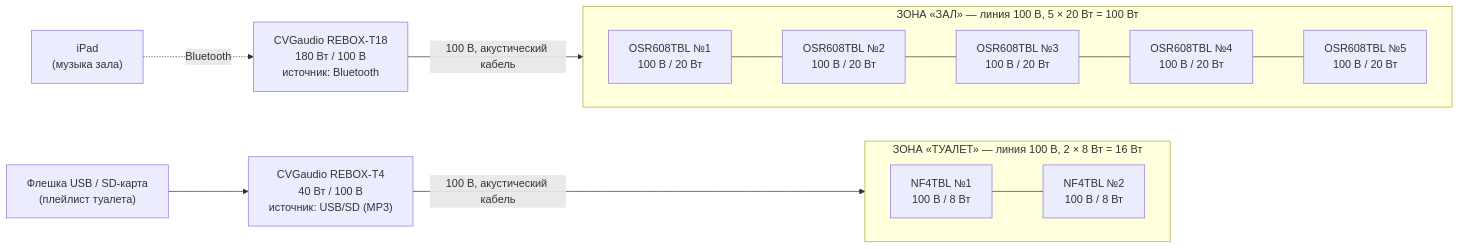
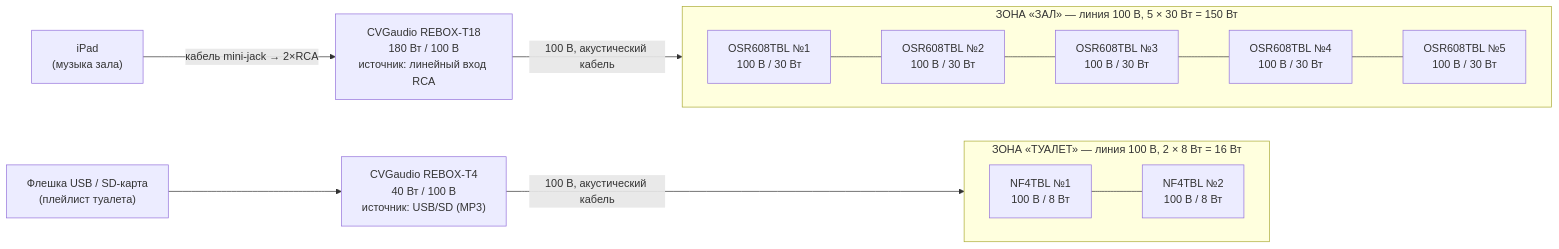
One commit to olegoviccc/teplica changed the diagram in vo-9-liniya-60/README.md. Above: the diagram before and after it, drawn with Mermaid. The commit also changed other lines of this file and 3 other files, not shown here.

````diff
--- a/vo-9-liniya-60/README.md
+++ b/vo-9-liniya-60/README.md
@@ -17,29 +17,29 @@
 ```mermaid
 flowchart LR
     IPAD["iPad<br/>(музыка зала)"]
-    T18["CVGaudio REBOX-T18<br/>180 Вт / 100 В<br/>источник: Bluetooth"]
-    IPAD -. "Bluetooth" .-> T18
+    T18["CVGaudio REBOX-T18<br/>180 Вт / 100 В<br/>источник: линейный вход RCA"]
+    IPAD -- "кабель mini-jack → 2×RCA" --> T18
 
-    subgraph ZH["ЗОНА «ЗАЛ» — линия 100 В, 5 × 20 Вт = 100 Вт"]
+    subgraph ZH["ЗОНА «ЗАЛ» — линия 100 В, 5 × 30 Вт = 150 Вт"]
         direction LR
-        H1["OSR608TBL №1<br/>100 В / 20 Вт"]
-        H2["OSR608TBL №2<br/>100 В / 20 Вт"]
-        H3["OSR608TBL №3<br/>100 В / 20 Вт"]
-        H4["OSR608TBL №4<br/>100 В / 20 Вт"]
-        H5["OSR608TBL №5<br/>100 В / 20 Вт"]
+        H1["OSR608TBL №1<br/>100 В / 30 Вт"]
+        H2["OSR608TBL №2<br/>100 В / 30 Вт"]
+        H3["OSR608TBL №3<br/>100 В / 30 Вт"]
+        H4["OSR608TBL №4<br/>100 В / 30 Вт"]
+        H5["OSR608TBL №5<br/>100 В / 30 Вт"]
         H1 --- H2 --- H3 --- H4 --- H5
     end
     T18 -- "100 В, акустический кабель" --> H1
 
     USB["Флешка USB / SD-карта<br/>(плейлист туалета)"]
     T4["CVGaudio REBOX-T4<br/>40 Вт / 100 В<br/>источник: USB/SD (MP3)"]
     USB --> T4
 
     subgraph ZW["ЗОНА «ТУАЛЕТ» — линия 100 В, 2 × 8 Вт = 16 Вт"]
         direction LR
         W1["NF4TBL №1<br/>100 В / 8 Вт"]
         W2["NF4TBL №2<br/>100 В / 8 Вт"]
         W1 --- W2
     end
     T4 -- "100 В, акустический кабель" --> W1
 ```
````
